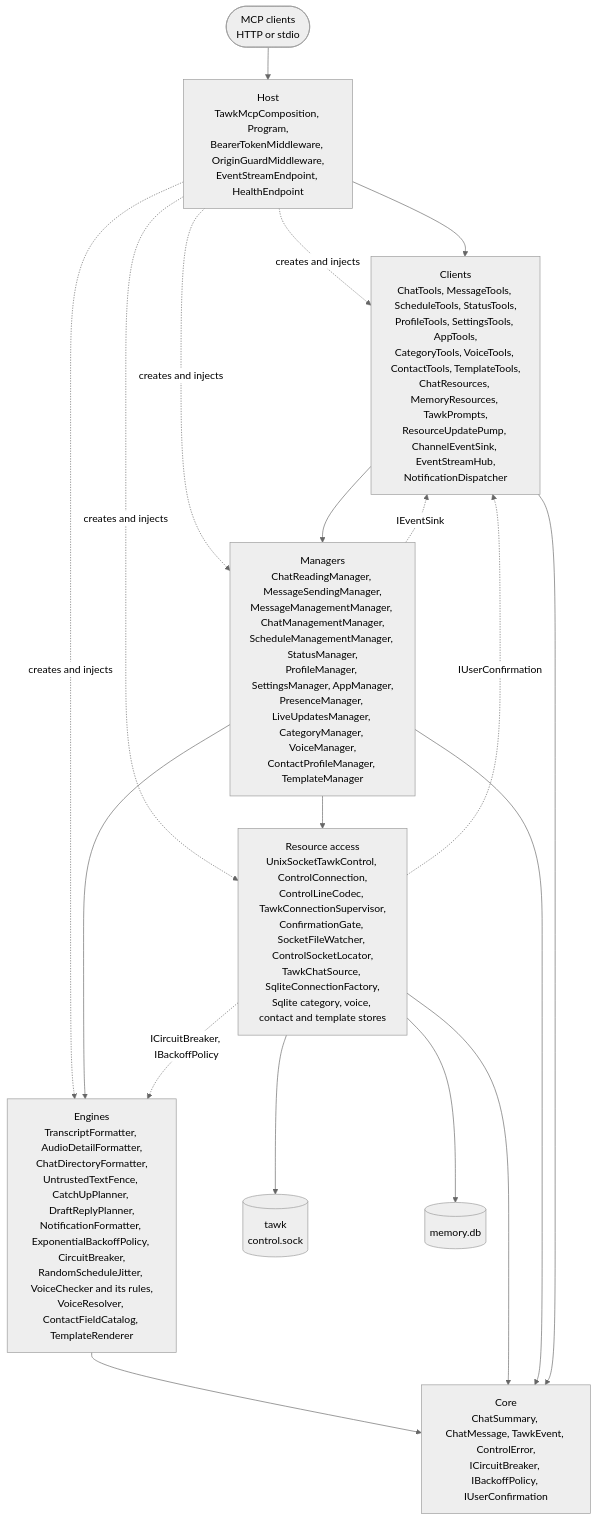
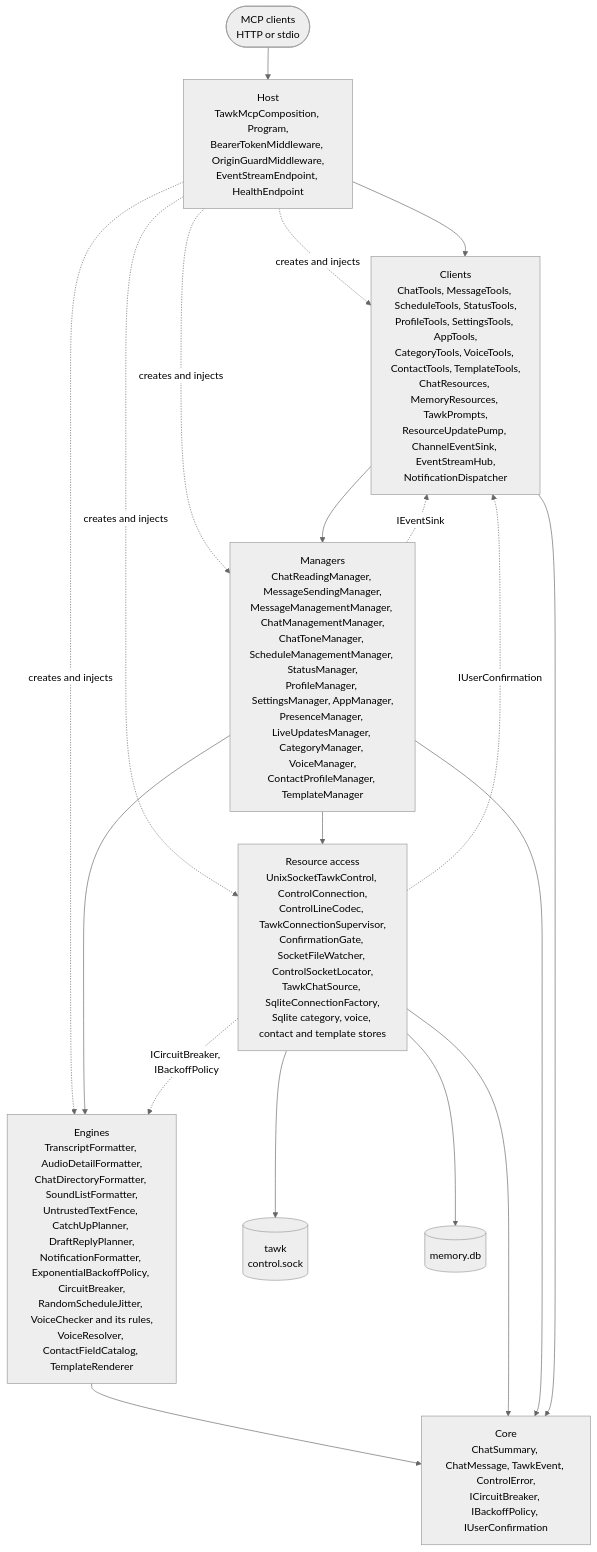
Before and after one commit to loganventer/Corvus.Mcp.Server.Tawk: the first of 2 diagrams in ARCHITECTURE.md, drawn with Mermaid (neutral theme). The commit also changed 24 other files, not shown here.

First line of the commit message:
Add list_sounds and set_chat_tone: a notification sound per contact (#1)

````diff
--- a/ARCHITECTURE.md
+++ b/ARCHITECTURE.md
@@ -41,27 +41,27 @@
 ```mermaid
 flowchart TD
     HOST["Host<br/>TawkMcpComposition, Program,<br/>BearerTokenMiddleware, OriginGuardMiddleware,<br/>EventStreamEndpoint, HealthEndpoint"]
     CL["Clients<br/>ChatTools, MessageTools, ScheduleTools, StatusTools,<br/>ProfileTools, SettingsTools, AppTools,<br/>CategoryTools, VoiceTools, ContactTools, TemplateTools,<br/>ChatResources, MemoryResources, TawkPrompts,<br/>ResourceUpdatePump, ChannelEventSink, EventStreamHub,<br/>NotificationDispatcher"]
-    MG["Managers<br/>ChatReadingManager, MessageSendingManager,<br/>MessageManagementManager, ChatManagementManager,<br/>ScheduleManagementManager, StatusManager,<br/>ProfileManager, SettingsManager, AppManager,<br/>PresenceManager, LiveUpdatesManager, CategoryManager, VoiceManager,<br/>ContactProfileManager, TemplateManager"]
-    EN["Engines<br/>TranscriptFormatter, AudioDetailFormatter,<br/>ChatDirectoryFormatter,<br/>UntrustedTextFence, CatchUpPlanner, DraftReplyPlanner,<br/>NotificationFormatter, ExponentialBackoffPolicy, CircuitBreaker,<br/>RandomScheduleJitter, VoiceChecker and its rules,<br/>VoiceResolver, ContactFieldCatalog, TemplateRenderer"]
+    MG["Managers<br/>ChatReadingManager, MessageSendingManager,<br/>MessageManagementManager, ChatManagementManager,<br/>ChatToneManager, ScheduleManagementManager, StatusManager,<br/>ProfileManager, SettingsManager, AppManager,<br/>PresenceManager, LiveUpdatesManager, CategoryManager, VoiceManager,<br/>ContactProfileManager, TemplateManager"]
+    EN["Engines<br/>TranscriptFormatter, AudioDetailFormatter,<br/>ChatDirectoryFormatter, SoundListFormatter,<br/>UntrustedTextFence, CatchUpPlanner, DraftReplyPlanner,<br/>NotificationFormatter, ExponentialBackoffPolicy, CircuitBreaker,<br/>RandomScheduleJitter, VoiceChecker and its rules,<br/>VoiceResolver, ContactFieldCatalog, TemplateRenderer"]
     RA["Resource access<br/>UnixSocketTawkControl, ControlConnection,<br/>ControlLineCodec, TawkConnectionSupervisor,<br/>ConfirmationGate, SocketFileWatcher, ControlSocketLocator,<br/>TawkChatSource, SqliteConnectionFactory,<br/>Sqlite category, voice, contact and template stores"]
     CO["Core<br/>ChatSummary, ChatMessage, TawkEvent, ControlError,<br/>ICircuitBreaker, IBackoffPolicy, IUserConfirmation"]
     TAWK[("tawk<br/>control.sock")]
     MCP(["MCP clients<br/>HTTP or stdio"])
 
     HOST -.->|creates and injects| CL & MG & EN & RA
     MCP --> HOST
     HOST --> CL
     CL --> MG
     MG --> EN
     MG --> RA
     MG -.->|IEventSink| CL
     RA -.->|ICircuitBreaker, IBackoffPolicy| EN
     RA -.->|IUserConfirmation| CL
     RA --> TAWK
     RA --> DB[("memory.db")]
     EN --> CO
     RA --> CO
     MG --> CO
     CL --> CO
 ```
````
